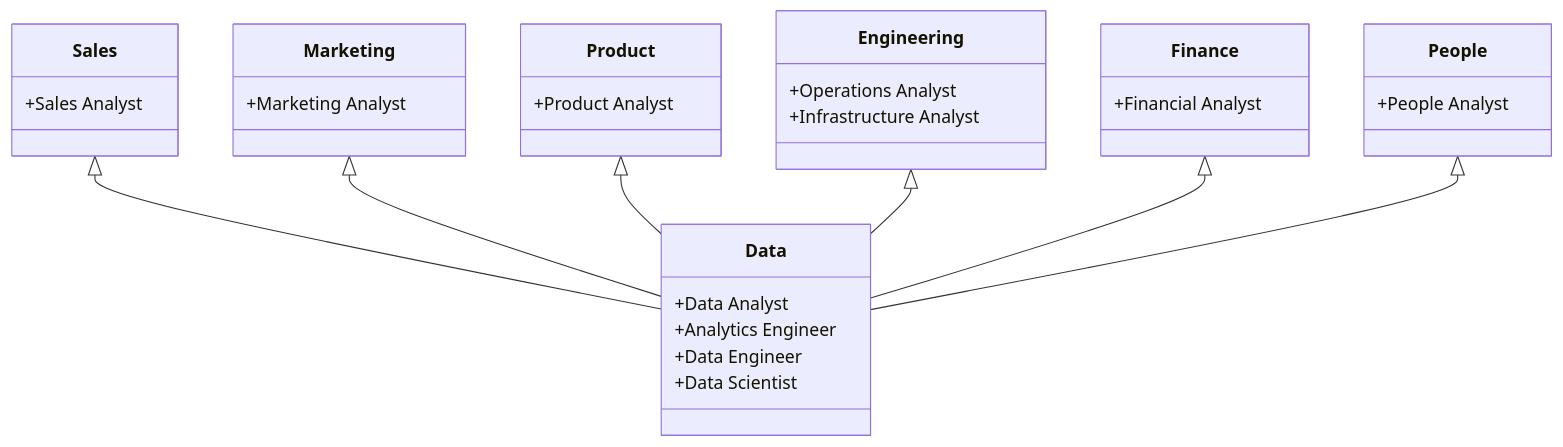
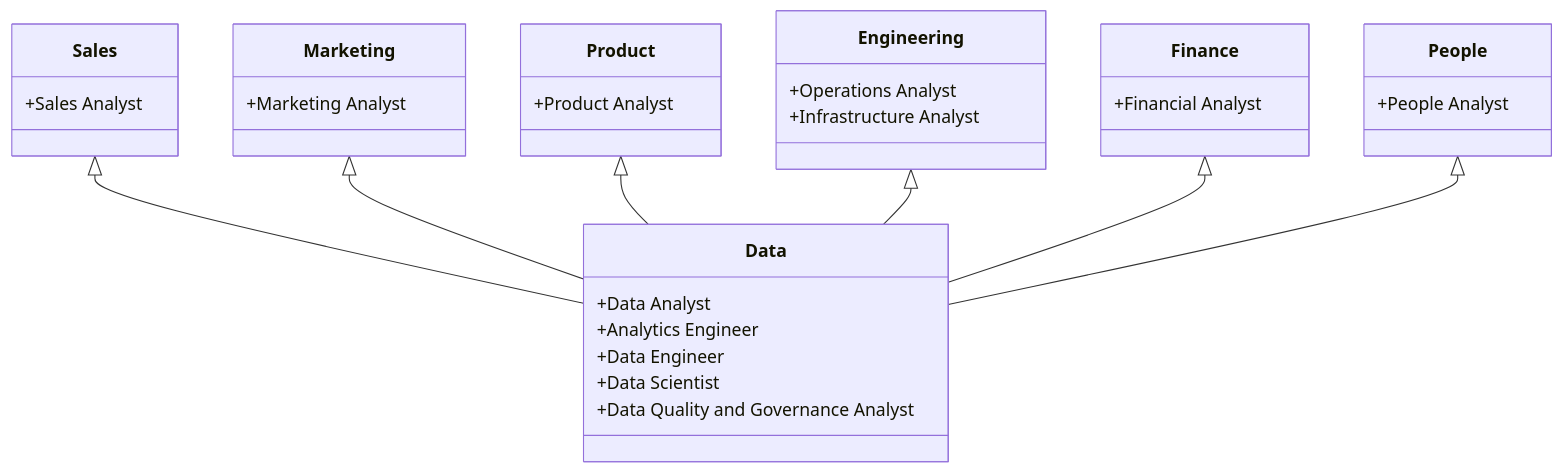
One commit to zalyoung/gitlab-handbook changed the diagram in content/handbook/enterprise-data/_index.md. Above: the diagram before and after it, drawn with Mermaid. The commit also changed other lines of this file, not shown here.

````diff
--- a/content/handbook/enterprise-data/_index.md
+++ b/content/handbook/enterprise-data/_index.md
@@ -50,20 +49,21 @@
 ```mermaid
 classDiagram
     Sales <|-- Data
         Sales : +Sales Analyst
     Marketing <|-- Data
         Marketing : +Marketing Analyst
     Product <|-- Data
         Product : +Product Analyst
     Engineering <|-- Data
         Engineering : +Operations Analyst
         Engineering : +Infrastructure Analyst
     Finance <|-- Data
         Finance : +Financial Analyst
     People <|-- Data
         People : +People Analyst
     Data : +Data Analyst
     Data : +Analytics Engineer
     Data : +Data Engineer
     Data : +Data Scientist
+    Data : +Data Quality and Governance Analyst
 ```
````
